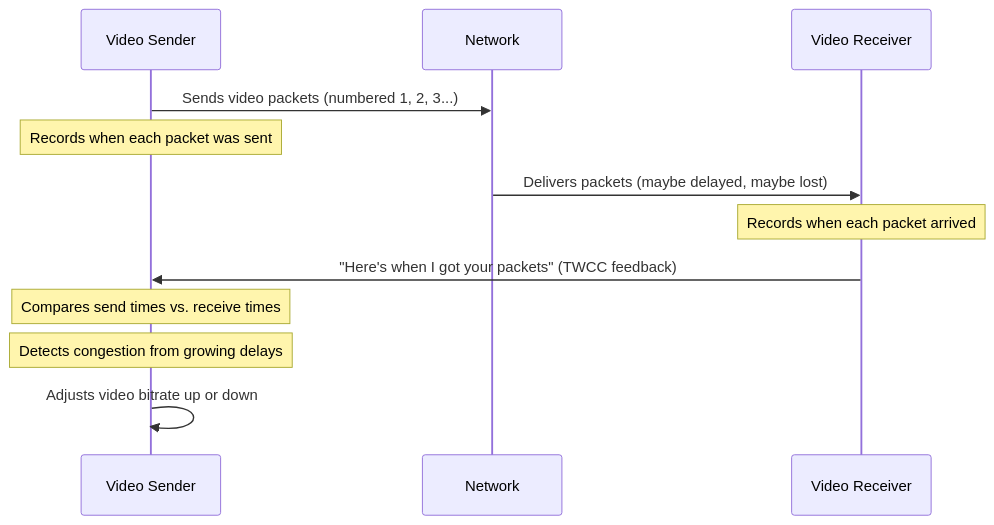
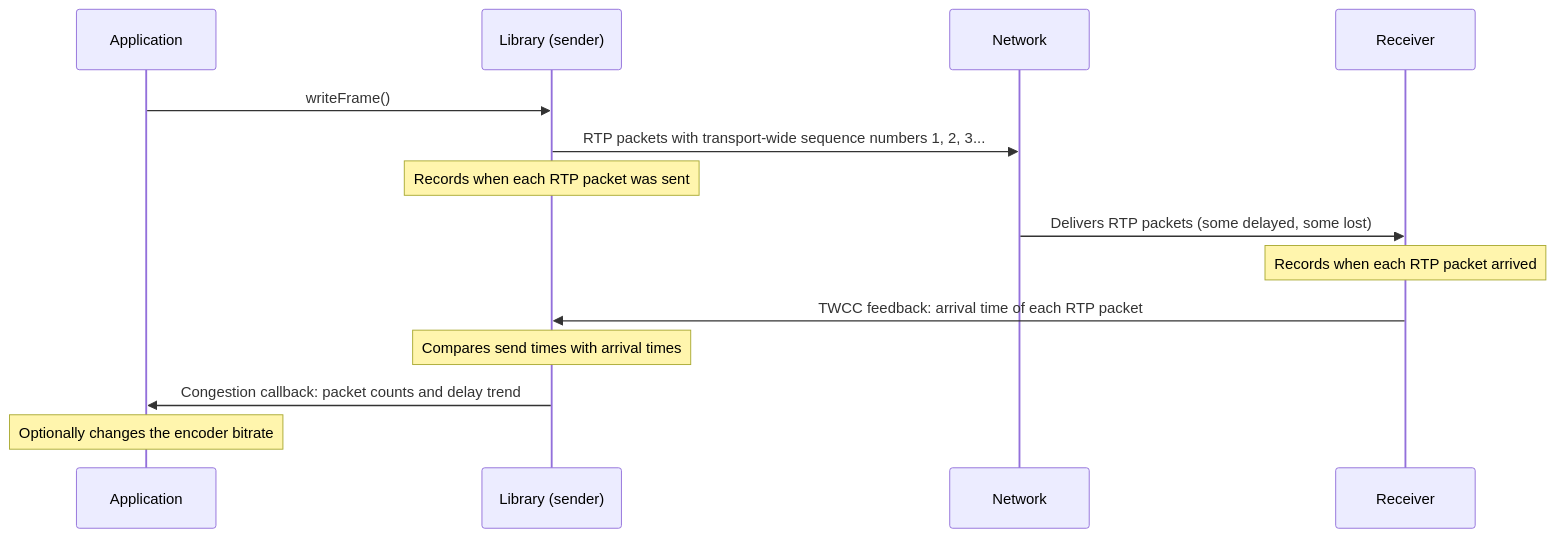
Before and after one commit to awslabs/amazon-kinesis-video-streams-webrtc-sdk-c: the first of 2 diagrams in docs/TWCC.md, drawn with Mermaid. The commit also changed other lines of this file and 4 other files, not shown here.

First line of the commit message:
Add writeFrame() guidance and troubleshooting docs

````diff
--- a/docs/TWCC.md
+++ b/docs/TWCC.md
@@ -18,15 +18,17 @@
 ```mermaid
 sequenceDiagram
-    participant Sender as Video Sender
+    participant App as Application
+    participant Lib as Library (sender)
     participant Network as Network
-    participant Receiver as Video Receiver
+    participant Receiver as Receiver
 
-    Sender->>Network: Sends video packets (numbered 1, 2, 3...)
-    Note over Sender: Records when each packet was sent
-    Network->>Receiver: Delivers packets (maybe delayed, maybe lost)
-    Note over Receiver: Records when each packet arrived
-    Receiver->>Sender: "Here's when I got your packets" (TWCC feedback)
-    Note over Sender: Compares send times vs. receive times
-    Note over Sender: Detects congestion from growing delays
-    Sender->>Sender: Adjusts video bitrate up or down
+    App->>Lib: writeFrame()
+    Lib->>Network: RTP packets with transport-wide sequence numbers 1, 2, 3...
+    Note over Lib: Records when each RTP packet was sent
+    Network->>Receiver: Delivers RTP packets (some delayed, some lost)
+    Note over Receiver: Records when each RTP packet arrived
+    Receiver->>Lib: TWCC feedback: arrival time of each RTP packet
+    Note over Lib: Compares send times with arrival times
+    Lib->>App: Congestion callback: packet counts and delay trend
+    Note over App: Optionally changes the encoder bitrate
 ```
````
